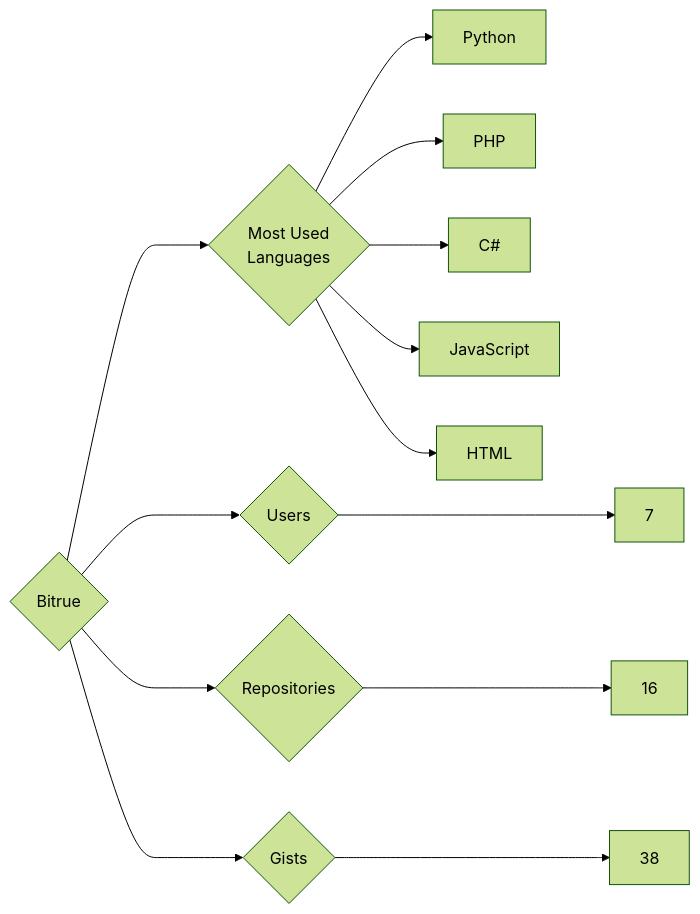
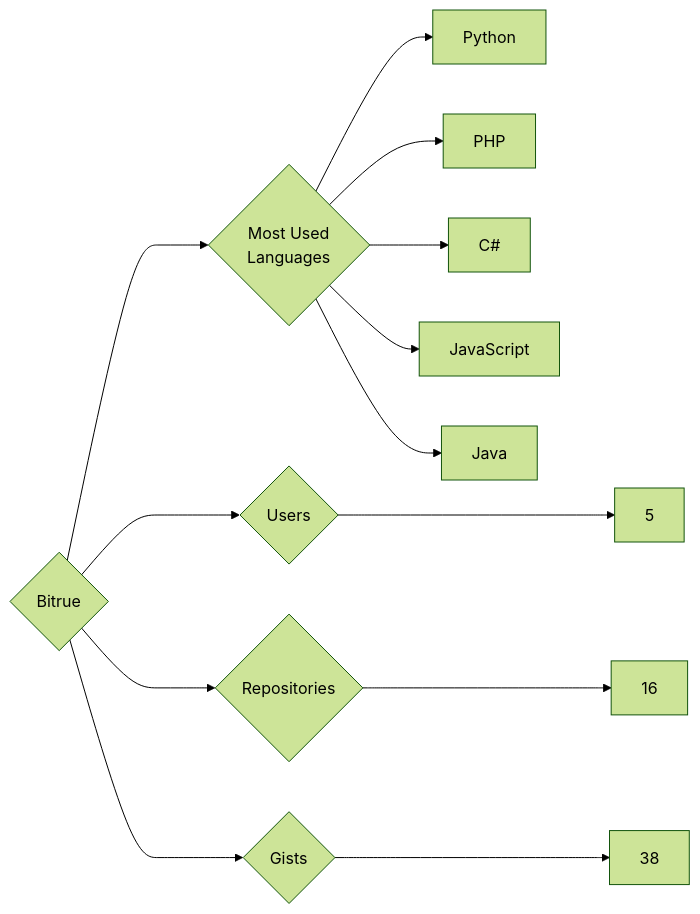
Before and after one commit to trickest/insiders: the diagram in targets/Bitrue/README.md, drawn with Mermaid (forest theme). The commit also changed 1195 other files, not shown here.

````diff
--- a/targets/Bitrue/README.md
+++ b/targets/Bitrue/README.md
@@ -3,13 +3,13 @@
 ```mermaid
 graph LR
 COMPANY_NAME{Bitrue}
-COMPANY_NAME ---> U{Users} ---> UN[7]
+COMPANY_NAME ---> U{Users} ---> UN[5]
 COMPANY_NAME ---> R{Repositories} ---> RN[16]
 COMPANY_NAME ---> G{Gists} ---> GN[38]
 COMPANY_NAME ---> ML{Most Used<br>Languages}
 ML --> Python[Python]
 ML --> PHP[PHP]
 ML --> C#[C#]
 ML --> JavaScript[JavaScript]
-ML --> HTML[HTML]
+ML --> Java[Java]
 ```
````
